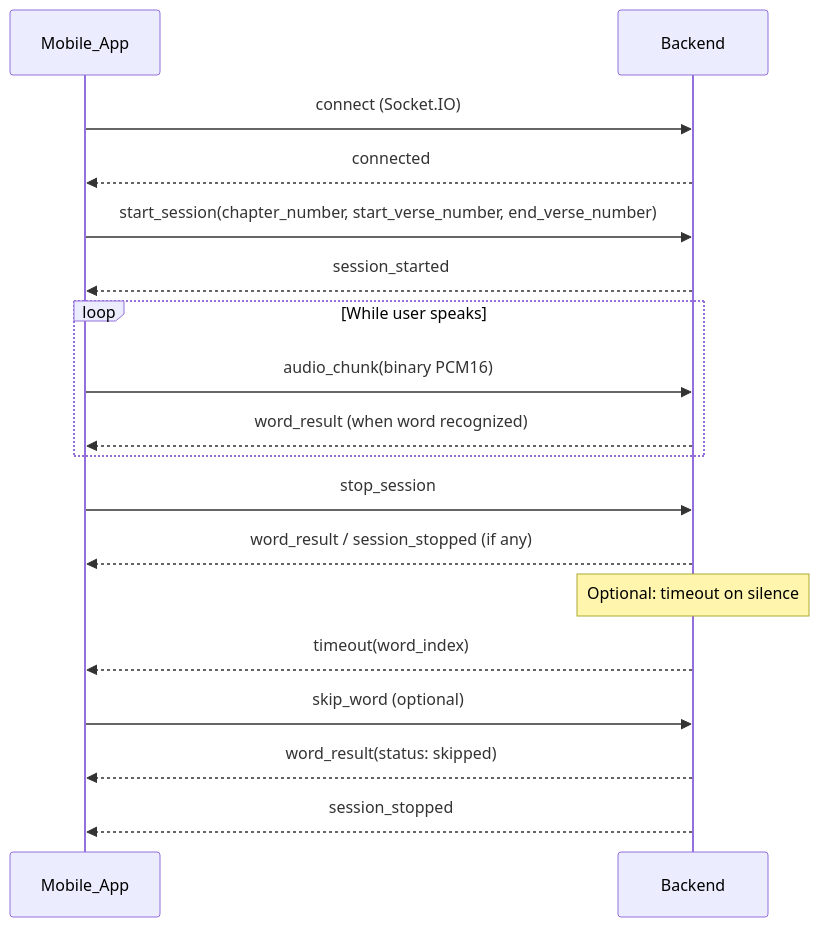
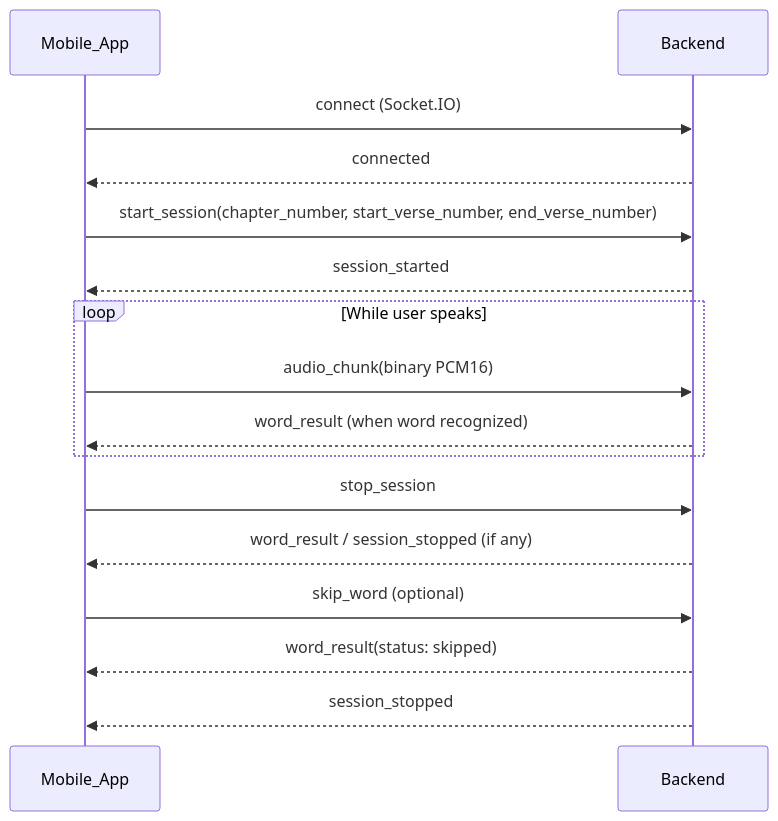
The diagram in docs/SOCKET_INTEGRATION.md (basemkhirat/pyquran2), drawn with Mermaid before and after one commit. The commit also changed other lines of this file, not shown here.

````diff
--- a/docs/SOCKET_INTEGRATION.md
+++ b/docs/SOCKET_INTEGRATION.md
@@ -53,27 +51,24 @@
 ```mermaid
 sequenceDiagram
     participant Mobile as Mobile_App
     participant Server as Backend
 
     Mobile->>Server: connect (Socket.IO)
     Server-->>Mobile: connected
 
     Mobile->>Server: start_session(chapter_number, start_verse_number, end_verse_number)
     Server-->>Mobile: session_started
 
     loop While user speaks
         Mobile->>Server: audio_chunk(binary PCM16)
         Server-->>Mobile: word_result (when word recognized)
     end
 
     Mobile->>Server: stop_session
     Server-->>Mobile: word_result / session_stopped (if any)
 
-    Note over Server: Optional: timeout on silence
-    Server-->>Mobile: timeout(word_index)
-
     Mobile->>Server: skip_word (optional)
     Server-->>Mobile: word_result(status: skipped)
 
     Server-->>Mobile: session_stopped
 ```
````
